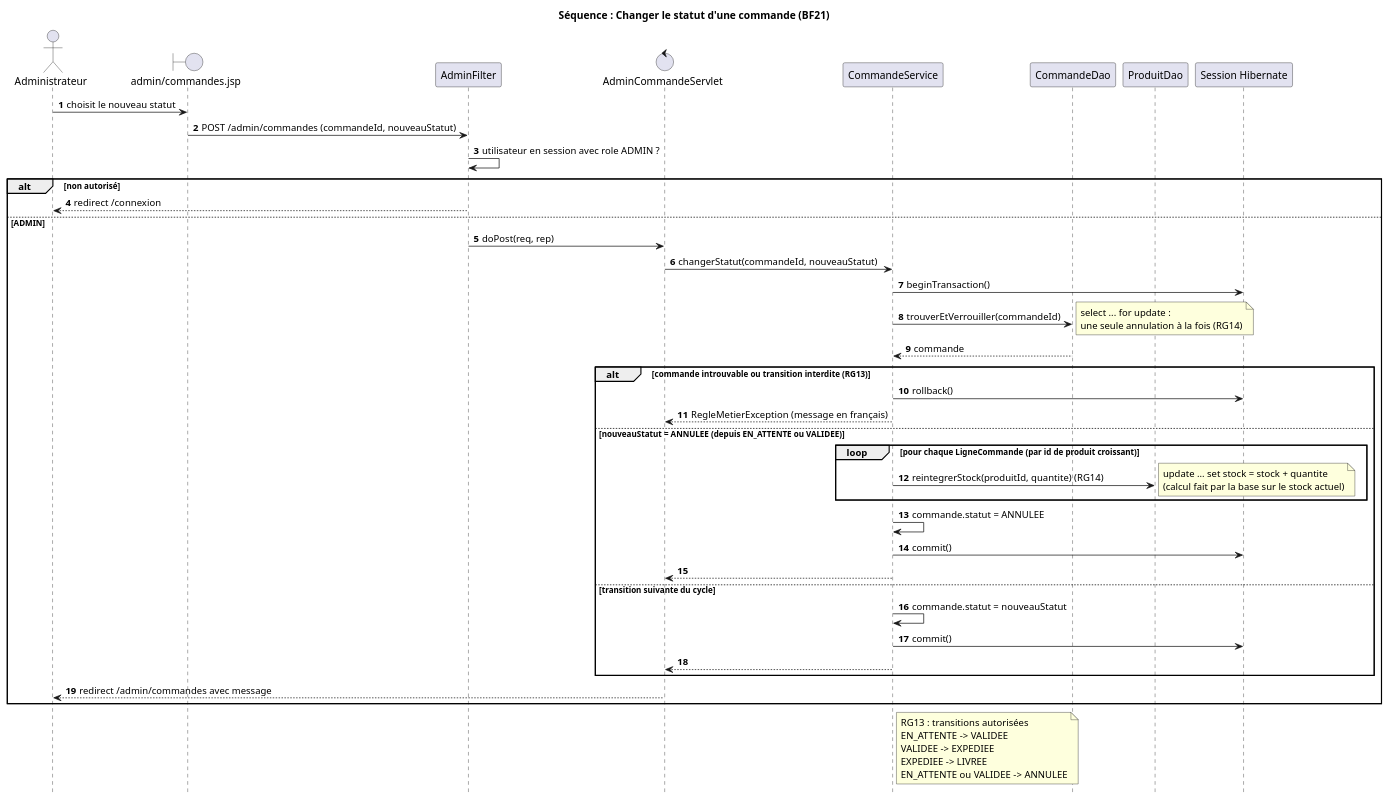
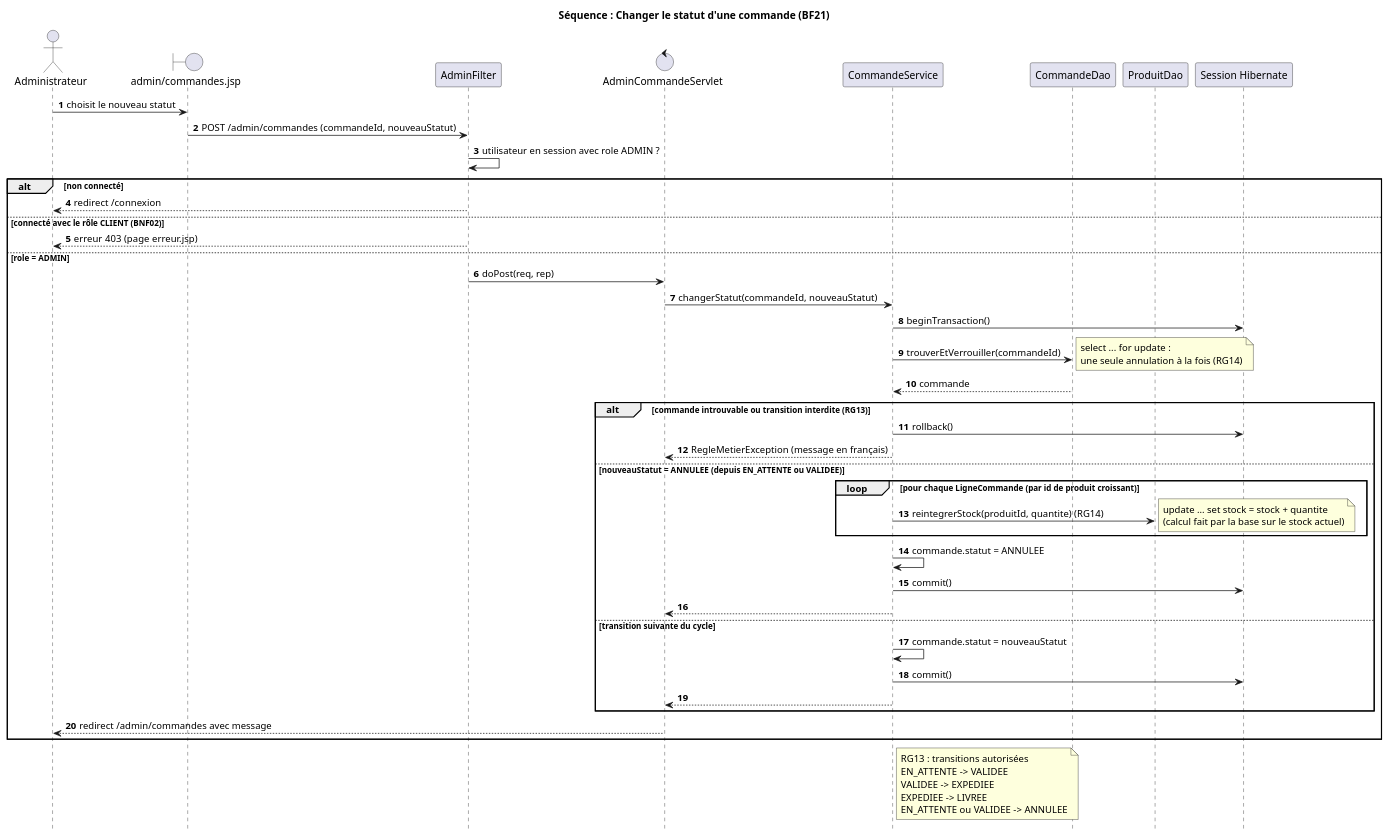
The diagram in docs/uml/sequence-changer-statut.puml (unk-user/Boutique-JEE), drawn with PlantUML before and after one commit. The commit also changed 1 other file, not shown here.

Commit message:
docs: séquence Changer le statut, redirection ou erreur 403 selon la session

```diff
--- a/docs/uml/sequence-changer-statut.puml
+++ b/docs/uml/sequence-changer-statut.puml
@@ -1,55 +1,57 @@
 @startuml sequence-changer-statut
 title Séquence : Changer le statut d'une commande (BF21)
 autonumber
 hide footbox
 
 actor Administrateur as Admin
 boundary "admin/commandes.jsp" as Vue
 participant AdminFilter
 control AdminCommandeServlet
 participant CommandeService
 participant CommandeDao
 participant ProduitDao
 participant "Session Hibernate" as Session
 
 Admin -> Vue : choisit le nouveau statut
 Vue -> AdminFilter : POST /admin/commandes (commandeId, nouveauStatut)
 AdminFilter -> AdminFilter : utilisateur en session avec role ADMIN ?
-alt non autorisé
+alt non connecté
   AdminFilter --> Admin : redirect /connexion
-else ADMIN
+else connecté avec le rôle CLIENT (BNF02)
+  AdminFilter --> Admin : erreur 403 (page erreur.jsp)
+else role = ADMIN
   AdminFilter -> AdminCommandeServlet : doPost(req, rep)
   AdminCommandeServlet -> CommandeService : changerStatut(commandeId, nouveauStatut)
   CommandeService -> Session : beginTransaction()
   CommandeService -> CommandeDao : trouverEtVerrouiller(commandeId)
   note right : select ... for update :\nune seule annulation à la fois (RG14)
   CommandeDao --> CommandeService : commande
 
   alt commande introuvable ou transition interdite (RG13)
     CommandeService -> Session : rollback()
     CommandeService --> AdminCommandeServlet : RegleMetierException (message en français)
   else nouveauStatut = ANNULEE (depuis EN_ATTENTE ou VALIDEE)
     loop pour chaque LigneCommande (par id de produit croissant)
       CommandeService -> ProduitDao : reintegrerStock(produitId, quantite) (RG14)
       note right : update ... set stock = stock + quantite\n(calcul fait par la base sur le stock actuel)
     end
     CommandeService -> CommandeService : commande.statut = ANNULEE
     CommandeService -> Session : commit()
     CommandeService --> AdminCommandeServlet
   else transition suivante du cycle
     CommandeService -> CommandeService : commande.statut = nouveauStatut
     CommandeService -> Session : commit()
     CommandeService --> AdminCommandeServlet
   end
 
   AdminCommandeServlet --> Admin : redirect /admin/commandes avec message
 end
 
 note right of CommandeService
   RG13 : transitions autorisées
   EN_ATTENTE -> VALIDEE
   VALIDEE -> EXPEDIEE
   EXPEDIEE -> LIVREE
   EN_ATTENTE ou VALIDEE -> ANNULEE
 end note
 @enduml
```
